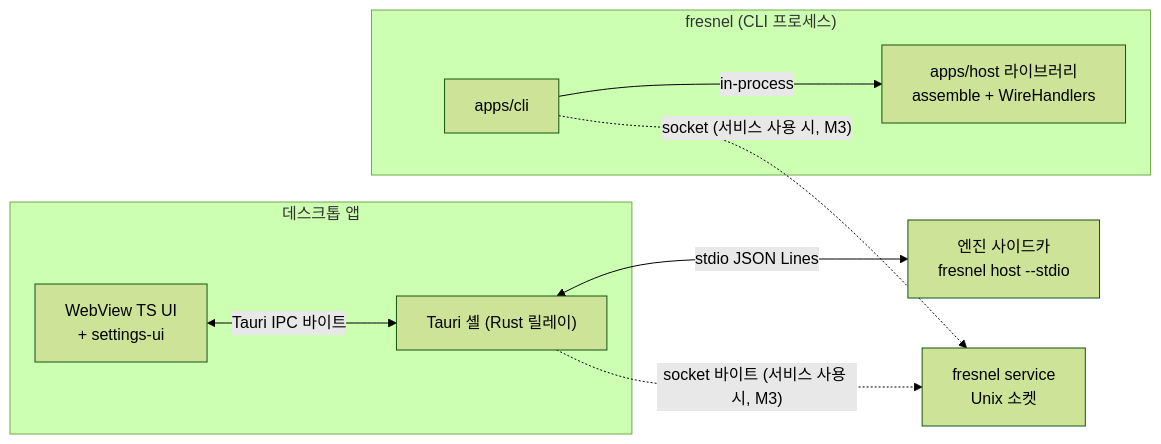
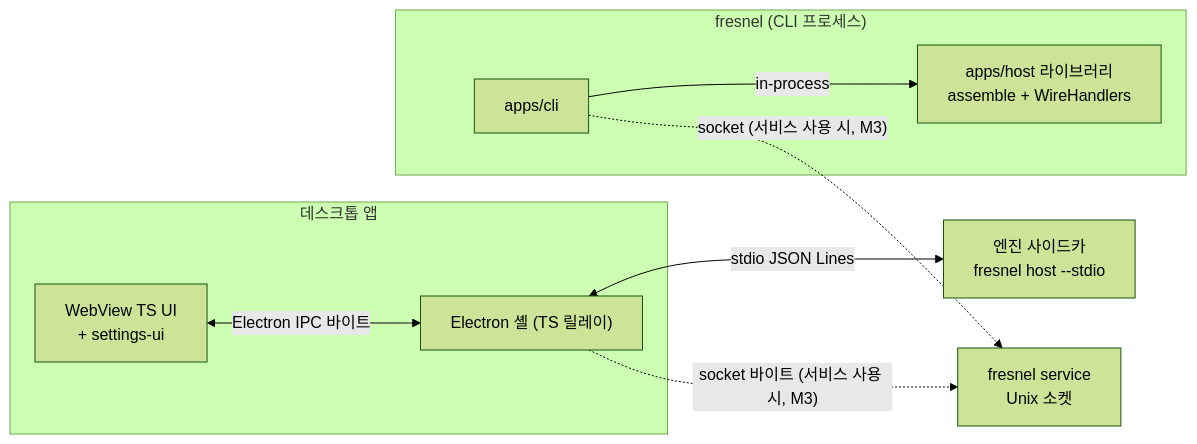
One commit to Rengod95/Helm-Agent_Docs_OS changed the diagram in docs/xeon/L4/README.md. Above: the diagram before and after it, drawn with Mermaid (forest theme). The commit also changed other lines of this file and 50 other files, not shown here.

````diff
--- a/docs/xeon/L4/README.md
+++ b/docs/xeon/L4/README.md
@@ -66,18 +66,18 @@
 ```mermaid
 flowchart LR
   subgraph CLI["fresnel (CLI 프로세스)"]
     cli["apps/cli"]
     hostlib["apps/host 라이브러리<br/>assemble + WireHandlers"]
     cli -->|"in-process"| hostlib
   end
   subgraph DESK["데스크톱 앱"]
-    shell["Tauri 셸 (Rust 릴레이)"]
+    shell["Electron 셸 (TS 릴레이)"]
     web["WebView TS UI<br/>+ settings-ui"]
-    web <-->|"Tauri IPC 바이트"| shell
+    web <-->|"Electron IPC 바이트"| shell
   end
   sidecar["엔진 사이드카<br/>fresnel host --stdio"]
   svc["fresnel service<br/>Unix 소켓"]
   shell <-->|"stdio JSON Lines"| sidecar
   cli -.->|"socket (서비스 사용 시, M3)"| svc
   shell -.->|"socket 바이트 (서비스 사용 시, M3)"| svc
 ```
````
